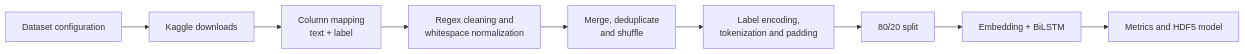
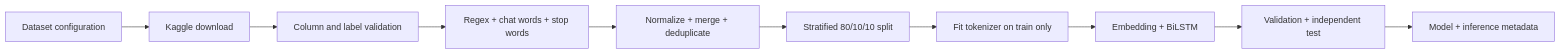
Before and after one commit to Kamilr616/Emotion_sentiment_analysis: the diagram in docs/TECHNICAL_DOCUMENTATION.md, drawn with Mermaid. The commit also changed other lines of this file and 4 other files, not shown here.

````diff
--- a/docs/TECHNICAL_DOCUMENTATION.md
+++ b/docs/TECHNICAL_DOCUMENTATION.md
@@ -12,11 +12,12 @@
-```mermaid
+~~~mermaid
 flowchart LR
-    CFG["Dataset configuration"] --> KG["Kaggle downloads"]
-    KG --> MAP["Column mapping<br/>text + label"]
-    MAP --> CLEAN["Regex cleaning and<br/>whitespace normalization"]
-    CLEAN --> MERGE["Merge, deduplicate<br/>and shuffle"]
-    MERGE --> ENC["Label encoding,<br/>tokenization and padding"]
-    ENC --> SPLIT["80/20 split"]
-    SPLIT --> MODEL["Embedding + BiLSTM"]
-    MODEL --> REPORT["Metrics and HDF5 model"]
-```
+    CFG["Dataset configuration"] --> KG["Kaggle download"]
+    KG --> MAP["Column and label validation"]
+    MAP --> CLEAN["Regex + chat words + stop words"]
+    CLEAN --> MERGE["Normalize + merge + deduplicate"]
+    MERGE --> SPLIT["Stratified 80/10/10 split"]
+    SPLIT --> TOK["Fit tokenizer on train only"]
+    TOK --> MODEL["Embedding + BiLSTM"]
+    MODEL --> EVAL["Validation + independent test"]
+    EVAL --> ART["Model + inference metadata"]
+~~~
````
